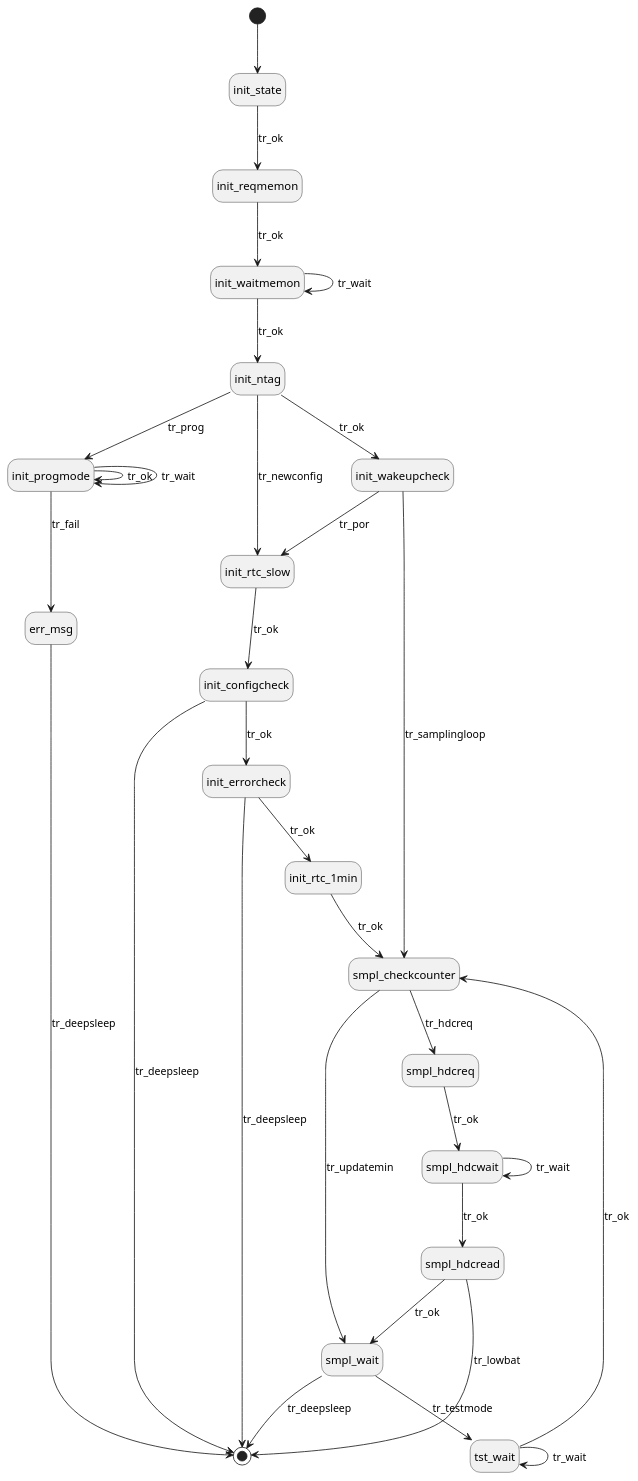
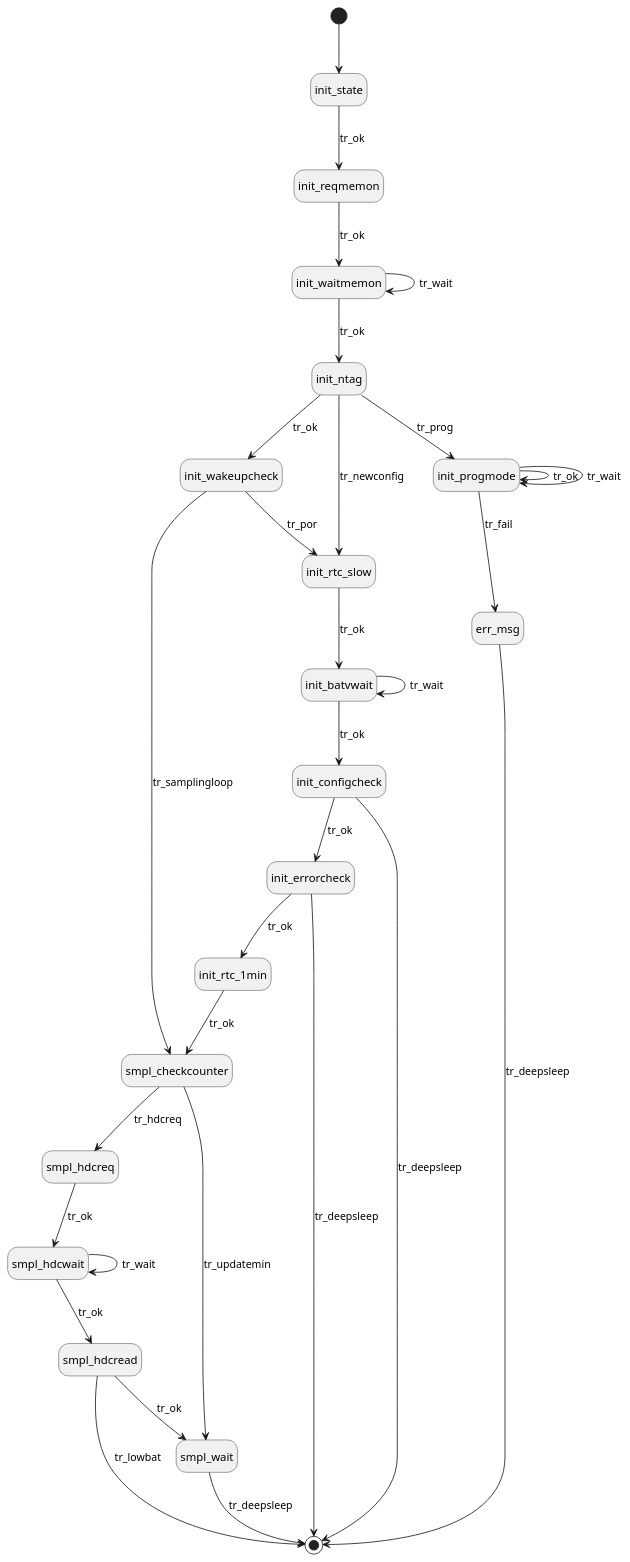
The diagram in docs/firmware/statechart.rst (cuplsensor/cupltag), drawn with PlantUML before and after one commit. The commit also changed 3 other files, not shown here.

```diff
--- a/docs/firmware/statechart.rst
+++ b/docs/firmware/statechart.rst
@@ -6,56 +6,55 @@
 .. uml::
    :caption: The state machine in :any:`main`.
    :width: 100%
 
    @startuml
         hide empty description
         [*] --> init_state
 
         init_state --> init_reqmemon: tr_ok
 
         init_reqmemon --> init_waitmemon: tr_ok
 
         init_waitmemon --> init_ntag: tr_ok
         init_waitmemon --> init_waitmemon: tr_wait
 
         init_ntag --> init_wakeupcheck: tr_ok
         init_ntag --> init_rtc_slow: tr_newconfig
         init_ntag --> init_progmode: tr_prog
 
         init_progmode --> init_progmode: tr_ok
         init_progmode --> init_progmode: tr_wait
         init_progmode --> err_msg: tr_fail
 
         init_wakeupcheck --> init_rtc_slow: tr_por
         init_wakeupcheck --> smpl_checkcounter: tr_samplingloop
 
-        init_rtc_slow --> init_configcheck: tr_ok
+        init_rtc_slow --> init_batvwait: tr_ok
+        
+        init_batvwait --> init_configcheck: tr_ok
+        init_batvwait --> init_batvwait: tr_wait
 
         init_configcheck --> init_errorcheck: tr_ok
         init_configcheck --> [*]: tr_deepsleep
 
         init_errorcheck --> init_rtc_1min: tr_ok
         init_errorcheck --> [*]: tr_deepsleep
 
         init_rtc_1min --> smpl_checkcounter: tr_ok
 
         smpl_checkcounter --> smpl_hdcreq: tr_hdcreq
         smpl_checkcounter --> smpl_wait: tr_updatemin
 
         smpl_hdcreq --> smpl_hdcwait: tr_ok
 
         smpl_hdcwait --> smpl_hdcread: tr_ok
         smpl_hdcwait --> smpl_hdcwait: tr_wait
 
         smpl_hdcread --> smpl_wait: tr_ok
         smpl_hdcread --> [*]: tr_lowbat
 
-        smpl_wait --> tst_wait: tr_testmode
         smpl_wait --> [*]: tr_deepsleep
-
-        tst_wait --> smpl_checkcounter: tr_ok
-        tst_wait --> tst_wait: tr_wait
 
         err_msg --> [*]: tr_deepsleep
 
         @enduml
```
